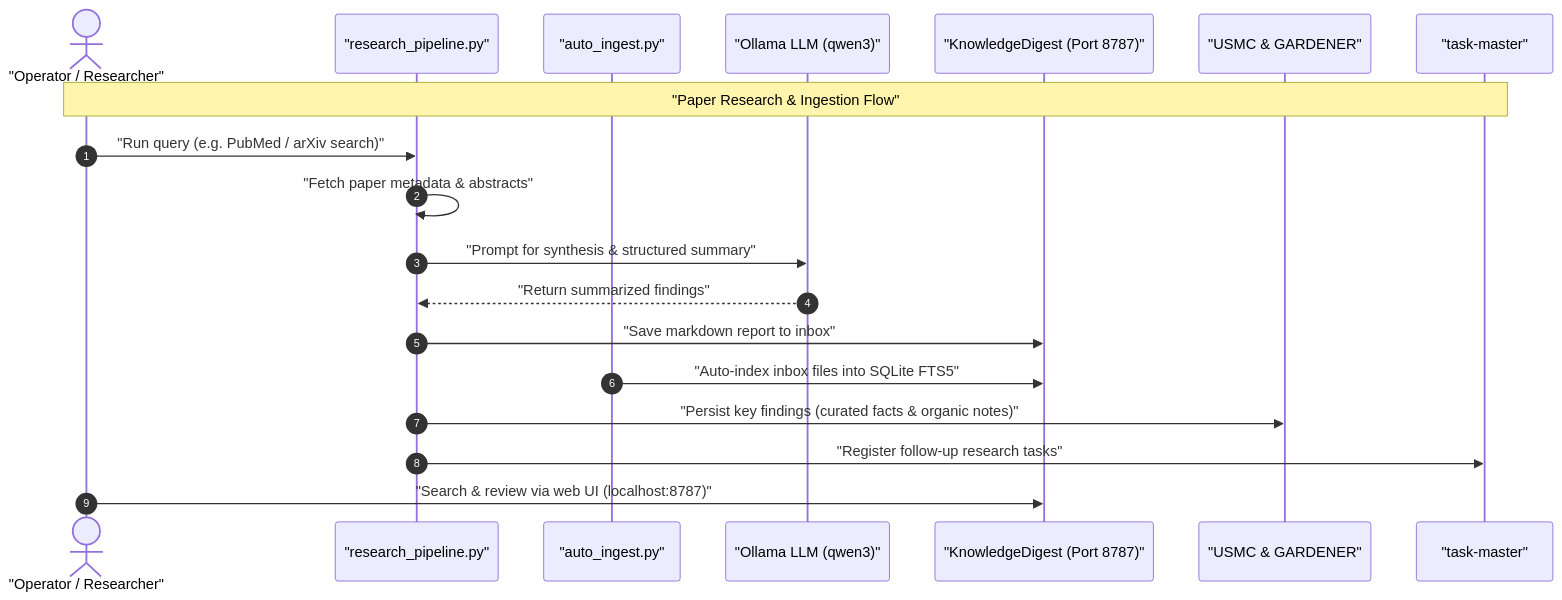
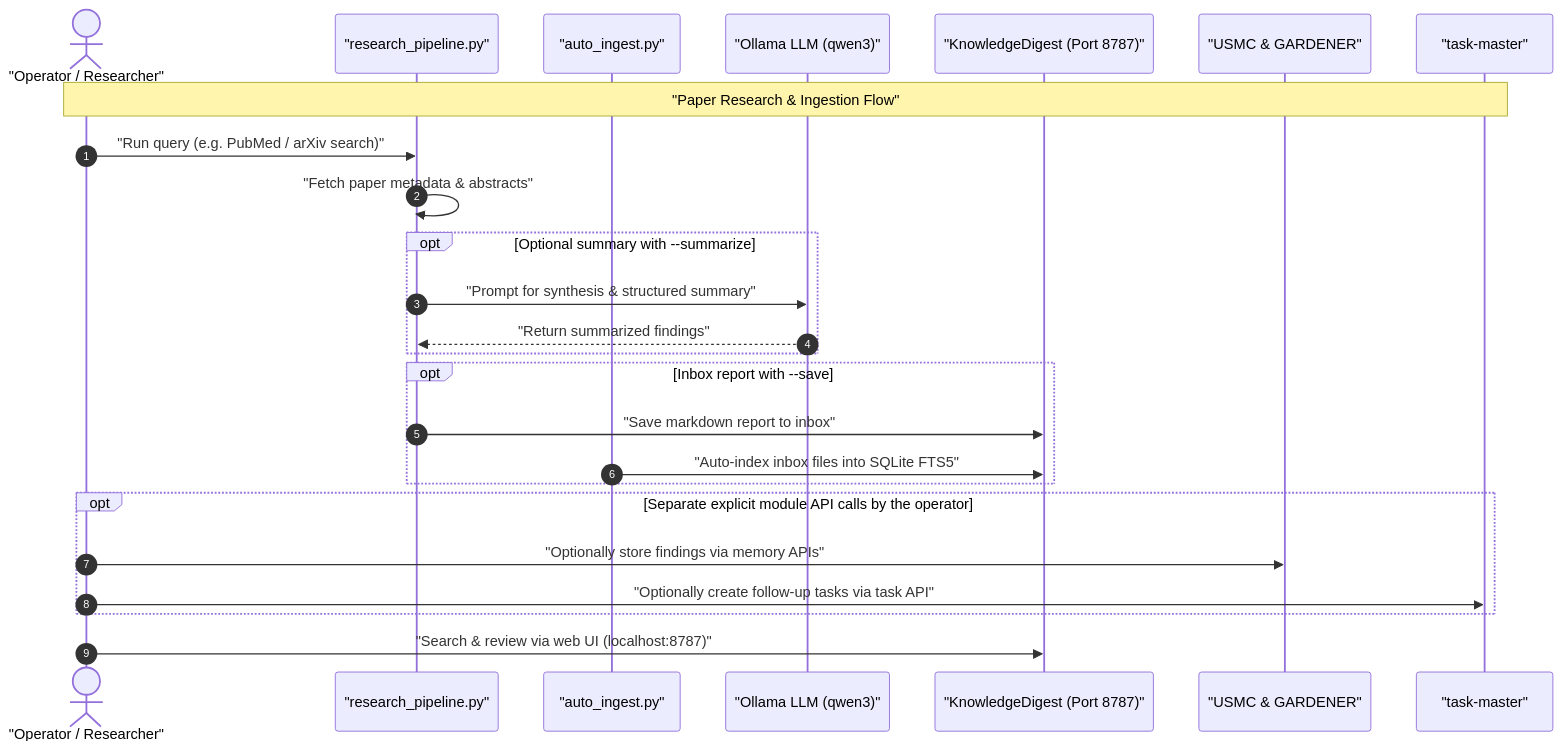
One commit to ellmos-ai/ellmos-stack changed the second of 2 diagrams in README.md. Above: the diagram before and after it, drawn with Mermaid. The commit also changed other lines of this file and 2 other files, not shown here.

Commit message:
docs: distinguish explicit memory calls from research pipeline

````diff
--- a/README.md
+++ b/README.md
@@ -288,22 +288,28 @@
 ```mermaid
 sequenceDiagram
   autonumber
   actor User as "Operator / Researcher"
   participant Pipeline as "research_pipeline.py"
   participant Ingest as "auto_ingest.py"
   participant LLM as "Ollama LLM (qwen3)"
   participant KD as "KnowledgeDigest (Port 8787)"
   participant Memory as "USMC & GARDENER"
   participant Tasks as "task-master"
 
   Note over User,Tasks: "Paper Research & Ingestion Flow"
   User->>Pipeline: "Run query (e.g. PubMed / arXiv search)"
   Pipeline->>Pipeline: "Fetch paper metadata & abstracts"
-  Pipeline->>LLM: "Prompt for synthesis & structured summary"
-  LLM-->>Pipeline: "Return summarized findings"
-  Pipeline->>KD: "Save markdown report to inbox"
-  Ingest->>KD: "Auto-index inbox files into SQLite FTS5"
-  Pipeline->>Memory: "Persist key findings (curated facts & organic notes)"
-  Pipeline->>Tasks: "Register follow-up research tasks"
+  opt Optional summary with --summarize
+    Pipeline->>LLM: "Prompt for synthesis & structured summary"
+    LLM-->>Pipeline: "Return summarized findings"
+  end
+  opt Inbox report with --save
+    Pipeline->>KD: "Save markdown report to inbox"
+    Ingest->>KD: "Auto-index inbox files into SQLite FTS5"
+  end
+  opt Separate explicit module API calls by the operator
+    User->>Memory: "Optionally store findings via memory APIs"
+    User->>Tasks: "Optionally create follow-up tasks via task API"
+  end
   User->>KD: "Search & review via web UI (localhost:8787)"
 ```
````
